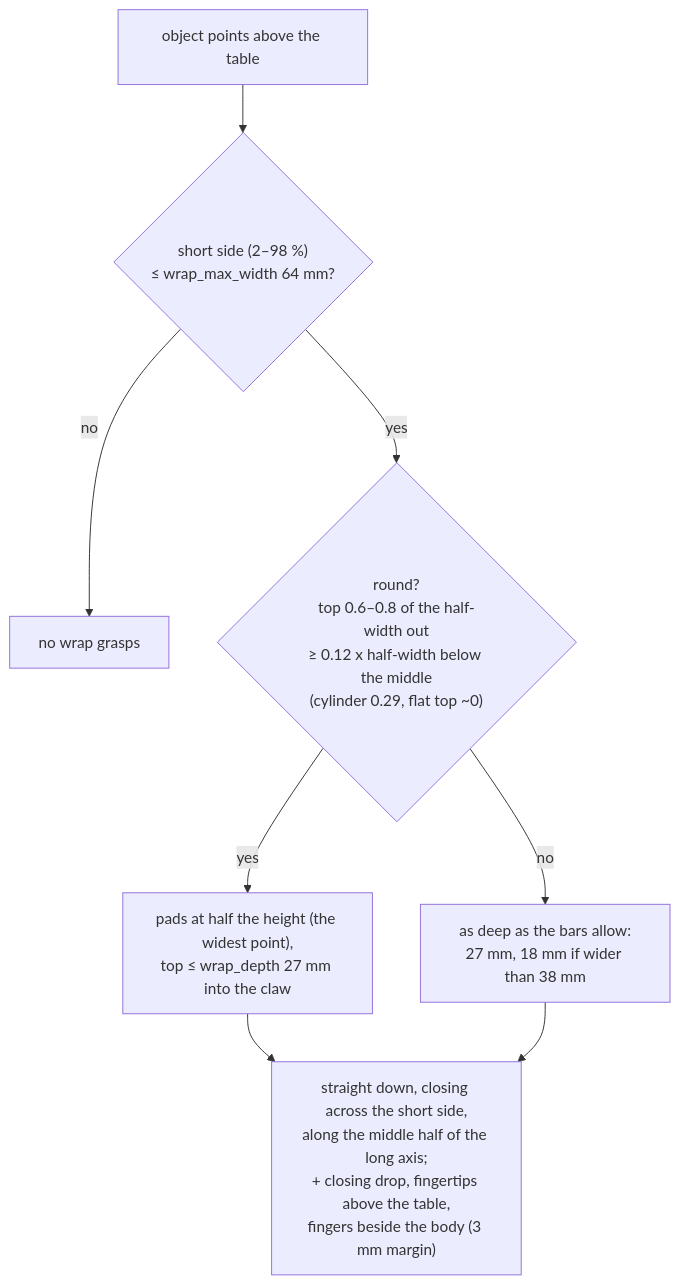
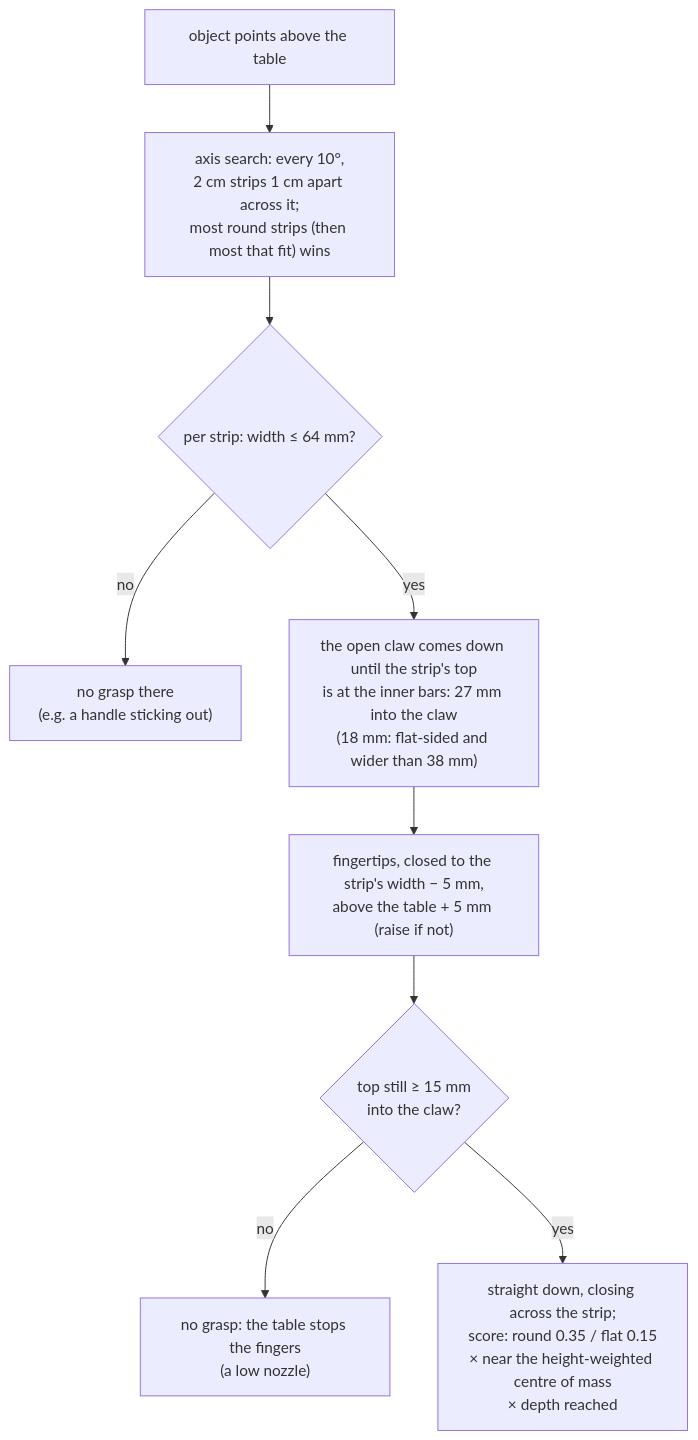
Before and after one commit to whoobee/qb_arm_install: the fourth of 5 diagrams in docs/pages/05-perception-pipeline.md, drawn with Mermaid. The commit also changed other lines of this file and 1 other file, not shown here.

Commit message:
docs: wrap grasps - axis search, top at the inner bars, depth reached

````diff
--- a/docs/pages/05-perception-pipeline.md
+++ b/docs/pages/05-perception-pipeline.md
@@ -214,9 +214,11 @@
 ```mermaid
 flowchart TB
-    P["object points above the table"] --> W{"short side (2–98 %)<br/>≤ wrap_max_width 64 mm?"}
-    W -- no --> X["no wrap grasps"]
-    W -- yes --> RD{"round?<br/>top 0.6–0.8 of the half-width out<br/>≥ 0.12 x half-width below the middle<br/>(cylinder 0.29, flat top ~0)"}
-    RD -- yes --> DR["pads at half the height (the widest point),<br/>top ≤ wrap_depth 27 mm into the claw"]
-    RD -- no --> DF["as deep as the bars allow:<br/>27 mm, 18 mm if wider than 38 mm"]
-    DR & DF --> G["straight down, closing across the short side,<br/>along the middle half of the long axis;<br/>+ closing drop, fingertips above the table,<br/>fingers beside the body (3 mm margin)"]
+    P["object points above the table"] --> AX["axis search: every 10°,<br/>2 cm strips 1 cm apart across it;<br/>most round strips (then most that fit) wins"]
+    AX --> S{"per strip: width ≤ 64 mm?"}
+    S -- no --> X["no grasp there<br/>(e.g. a handle sticking out)"]
+    S -- yes --> D["the open claw comes down until the strip's top<br/>is at the inner bars: 27 mm into the claw<br/>(18 mm: flat-sided and wider than 38 mm)"]
+    D --> T["fingertips, closed to the strip's width − 5 mm,<br/>above the table + 5 mm (raise if not)"]
+    T --> M{"top still ≥ 15 mm<br/>into the claw?"}
+    M -- no --> X2["no grasp: the table stops the fingers<br/>(a low nozzle)"]
+    M -- yes --> G["straight down, closing across the strip;<br/>score: round 0.35 / flat 0.15<br/>× near the height-weighted centre of mass<br/>× depth reached"]
 ```
````
